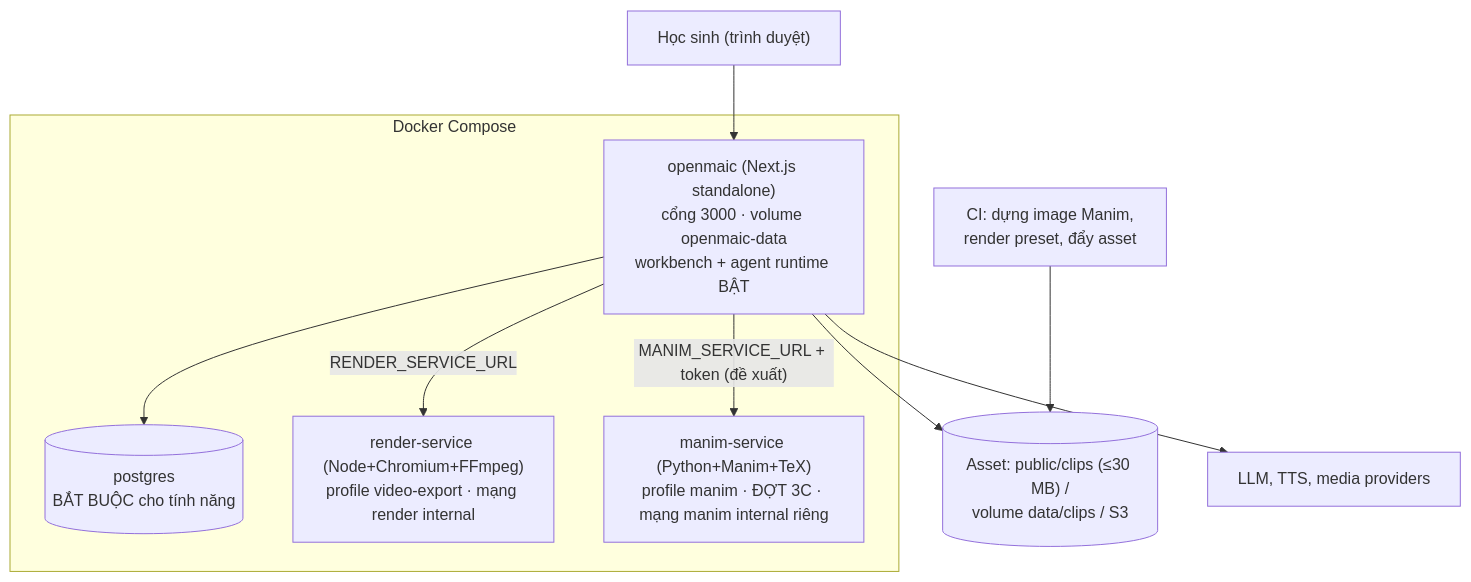
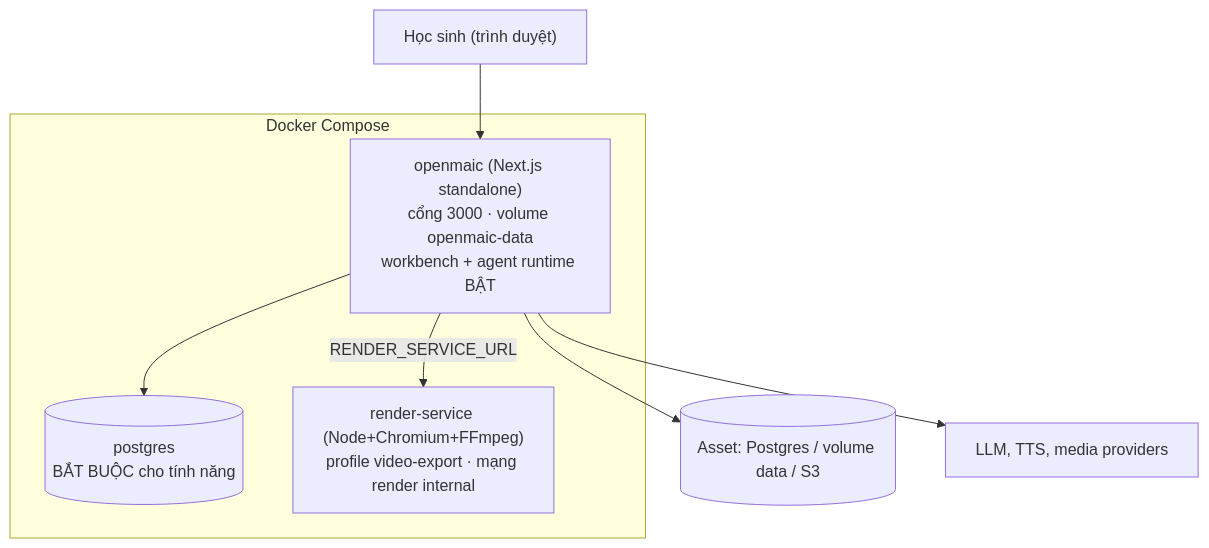
The diagram in docs/tutor/OPERATIONS.md (nqthiep/OpenMAIC), drawn with Mermaid before and after one commit. The commit also changed other lines of this file and 37 other files, not shown here.

````diff
--- a/docs/tutor/OPERATIONS.md
+++ b/docs/tutor/OPERATIONS.md
@@ -19,16 +16,13 @@
 ```mermaid
 flowchart TB
   U["Học sinh (trình duyệt)"] --> APP
   subgraph DEP["Docker Compose"]
     APP["openmaic (Next.js standalone)<br/>cổng 3000 · volume openmaic-data<br/>workbench + agent runtime BẬT"]
     PG[("postgres<br/>BẮT BUỘC cho tính năng")]
     RS["render-service (Node+Chromium+FFmpeg)<br/>profile video-export · mạng render internal"]
-    MS["manim-service (Python+Manim+TeX)<br/>profile manim · ĐỢT 3C · mạng manim internal riêng"]
   end
   APP --> PG
   APP -- "RENDER_SERVICE_URL" --> RS
-  APP -- "MANIM_SERVICE_URL + token (đề xuất)" --> MS
-  CI["CI: dựng image Manim,<br/>render preset, đẩy asset"] --> STORE
-  APP --> STORE[("Asset: public/clips (≤30 MB) /<br/>volume data/clips / S3")]
+  APP --> STORE[("Asset: Postgres / volume data / S3")]
   APP --> EXT["LLM, TTS, media providers"]
 ```
````
